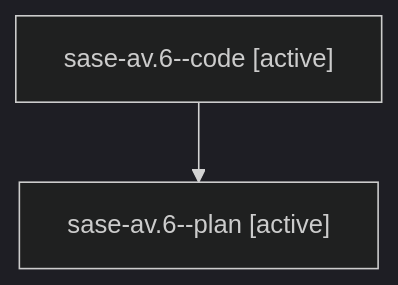
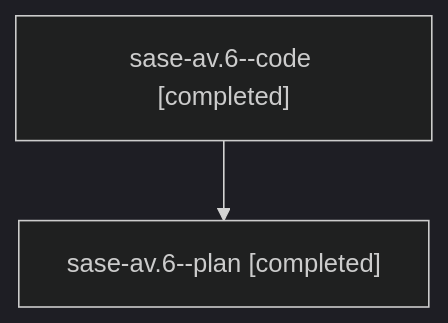
One commit to sase-org/sase--agents changed the diagram in families/bbugyi200.athena.sase-av.6.md. Above: the diagram before and after it, drawn with Mermaid (dark theme). The commit also changed other lines of this file and 26 other files, not shown here.

````diff
--- a/families/bbugyi200.athena.sase-av.6.md
+++ b/families/bbugyi200.athena.sase-av.6.md
@@ -9,6 +9,6 @@
 ```mermaid
 flowchart TD
-  n0["sase-av.6--code [active]"]
-  n1["sase-av.6--plan [active]"]
+  n0["sase-av.6--code [completed]"]
+  n1["sase-av.6--plan [completed]"]
   n0 --> n1
 ```
````
